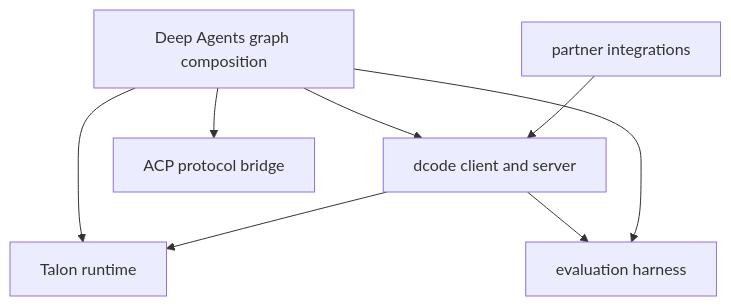
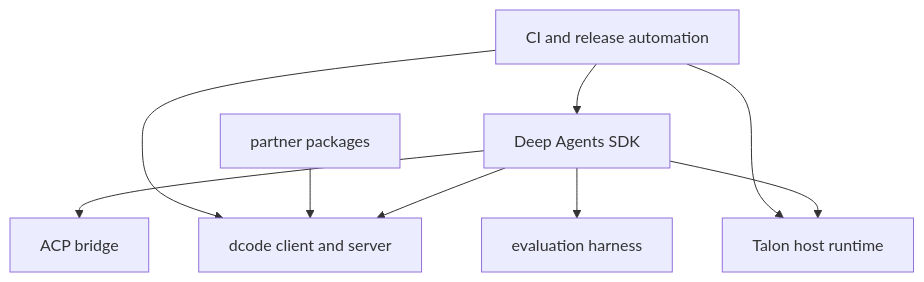
Before and after one commit to langchain-ai/deepagents: the first of 3 diagrams in openwiki/architecture/source-map.md, drawn with Mermaid. The commit also changed other lines of this file and 47 other files, not shown here.

````diff
--- a/openwiki/architecture/source-map.md
+++ b/openwiki/architecture/source-map.md
@@ -52,10 +80,11 @@
 ```mermaid
 flowchart TD
-  SDK["Deep Agents graph composition"] --> Dcode["dcode client and server"]
-  SDK --> ACP["ACP protocol bridge"]
-  SDK --> Talon["Talon runtime"]
-  Partners["partner integrations"] --> Dcode
-  Dcode --> Talon
-  Dcode --> Evals["evaluation harness"]
-  SDK --> Evals
+  SDK["Deep Agents SDK"] --> Code["dcode client and server"]
+  SDK --> Talon["Talon host runtime"]
+  SDK --> ACP["ACP bridge"]
+  SDK --> Evals["evaluation harness"]
+  Partners["partner packages"] --> Code
+  Automation["CI and release automation"] --> SDK
+  Automation --> Code
+  Automation --> Talon
 ```
````
